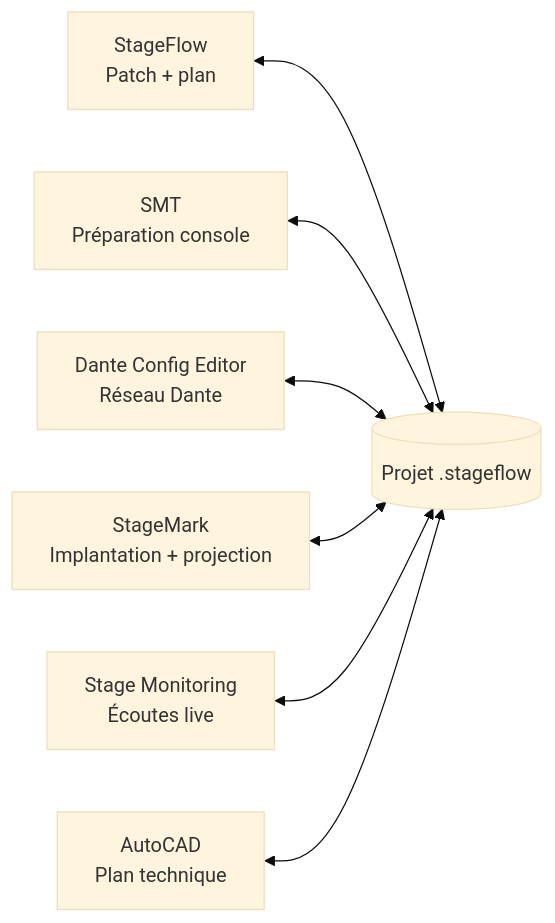
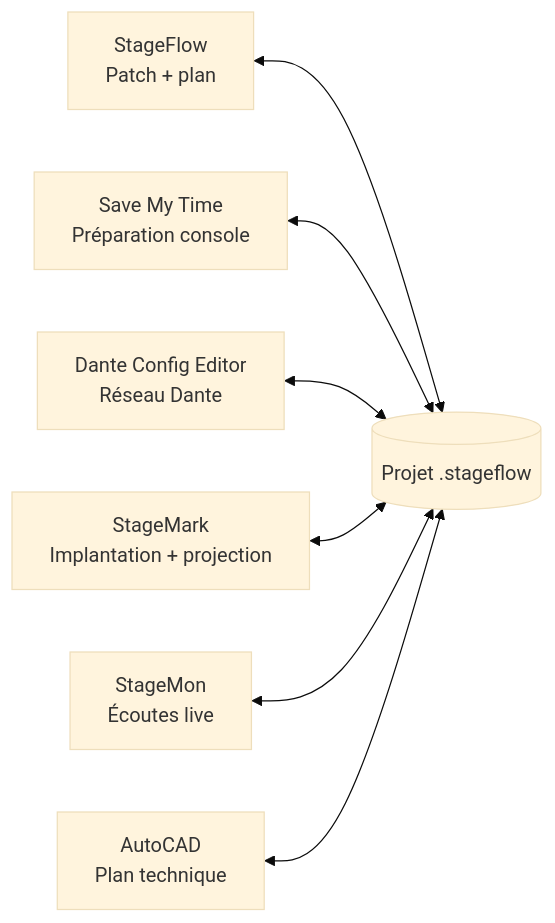
One commit to Mamat79/SiLeMIO-StageFlow-Distribution changed the diagram in README.md. Above: the diagram before and after it, drawn with Mermaid (base theme). The commit also changed other lines of this file and 5 other files, not shown here.

Commit message:
docs: présenter la gamme StageFlow

````diff
--- a/README.md
+++ b/README.md
@@ -110,10 +117,10 @@
-~~~mermaid
+```mermaid
 flowchart LR
-    P[("Projet .stageflow")]
-    SF["StageFlow<br/>Patch + plan"] <--> P
-    SMT["SMT<br/>Préparation console"] <--> P
-    DCE["Dante Config Editor<br/>Réseau Dante"] <--> P
-    SM["StageMark<br/>Implantation + projection"] <--> P
-    MON["Stage Monitoring<br/>Écoutes live"] <--> P
-    CAD["AutoCAD<br/>Plan technique"] <--> P
-~~~
+    P[(Projet .stageflow)]
+    SF[StageFlow<br/>Patch + plan] <--> P
+    SMT[Save My Time<br/>Préparation console] <--> P
+    DCE[Dante Config Editor<br/>Réseau Dante] <--> P
+    SM[StageMark<br/>Implantation + projection] <--> P
+    MON[StageMon<br/>Écoutes live] <--> P
+    CAD[AutoCAD<br/>Plan technique] <--> P
+```
````
